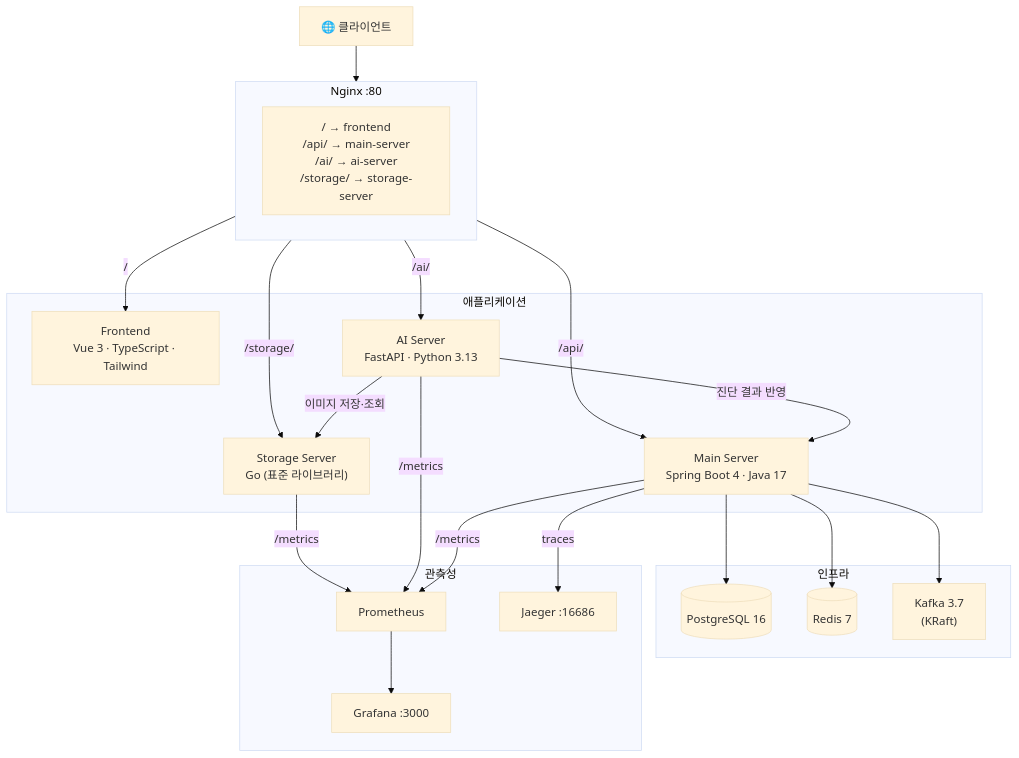
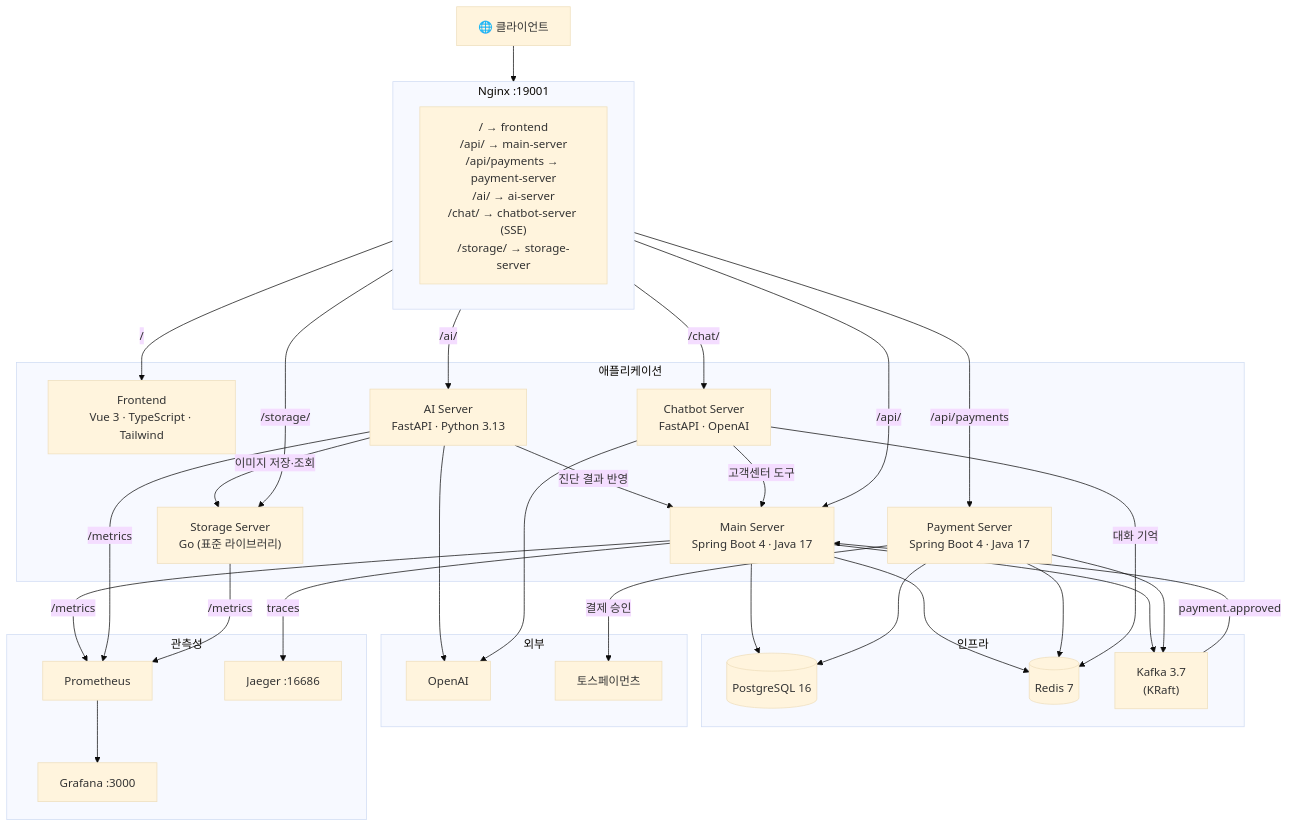
One commit to hakku-ssafy/hakku changed the first of 5 diagrams in README.md. Above: the diagram before and after it, drawn with Mermaid (base theme). The commit also changed other lines of this file, not shown here.

````diff
--- a/README.md
+++ b/README.md
@@ -13,43 +13,59 @@
 ```mermaid
 graph TD
     Client["🌐 클라이언트"]
 
-    subgraph proxy["Nginx :80"]
-        N["/ → frontend<br>/api/ → main-server<br>/ai/ → ai-server<br>/storage/ → storage-server"]
+    subgraph proxy["Nginx :19001"]
+        N["/ → frontend<br>/api/ → main-server<br>/api/payments → payment-server<br>/ai/ → ai-server<br>/chat/ → chatbot-server (SSE)<br>/storage/ → storage-server"]
     end
 
     subgraph app["애플리케이션"]
         FE["Frontend\nVue 3 · TypeScript · Tailwind"]
         MS["Main Server\nSpring Boot 4 · Java 17"]
+        PAY["Payment Server\nSpring Boot 4 · Java 17"]
         AI["AI Server\nFastAPI · Python 3.13"]
+        CB["Chatbot Server\nFastAPI · OpenAI"]
         ST["Storage Server\nGo (표준 라이브러리)"]
     end
 
     subgraph infra["인프라"]
         PG[("PostgreSQL 16")]
         RD[("Redis 7")]
         KF["Kafka 3.7\n(KRaft)"]
+    end
+
+    subgraph ext["외부"]
+        OAI["OpenAI"]
+        TOSS["토스페이먼츠"]
     end
 
     subgraph obs["관측성"]
         PR["Prometheus"]
         GF["Grafana :3000"]
         JG["Jaeger :16686"]
     end
 
     Client --> proxy
     proxy -->|"/"| FE
     proxy -->|"/api/"| MS
+    proxy -->|"/api/payments"| PAY
     proxy -->|"/ai/"| AI
+    proxy -->|"/chat/"| CB
     proxy -->|"/storage/"| ST
 
     MS --> PG & RD & KF
+    PAY --> PG & RD & KF
+    PAY -->|"결제 승인"| TOSS
     AI -->|"진단 결과 반영"| MS
     AI -->|"이미지 저장·조회"| ST
+    AI --> OAI
+    CB -->|"대화 기억"| RD
+    CB -->|"고객센터 도구"| MS
+    CB --> OAI
+    KF -->|"payment.approved"| MS
 
     MS -->|"/metrics"| PR
     AI -->|"/metrics"| PR
     ST -->|"/metrics"| PR
     PR --> GF
     MS -->|"traces"| JG
 ```
````
